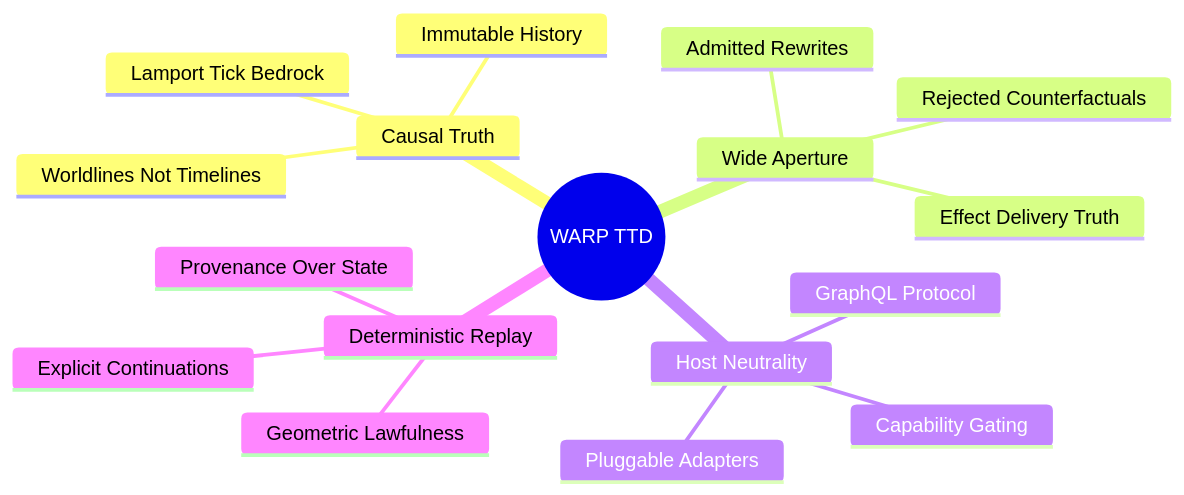
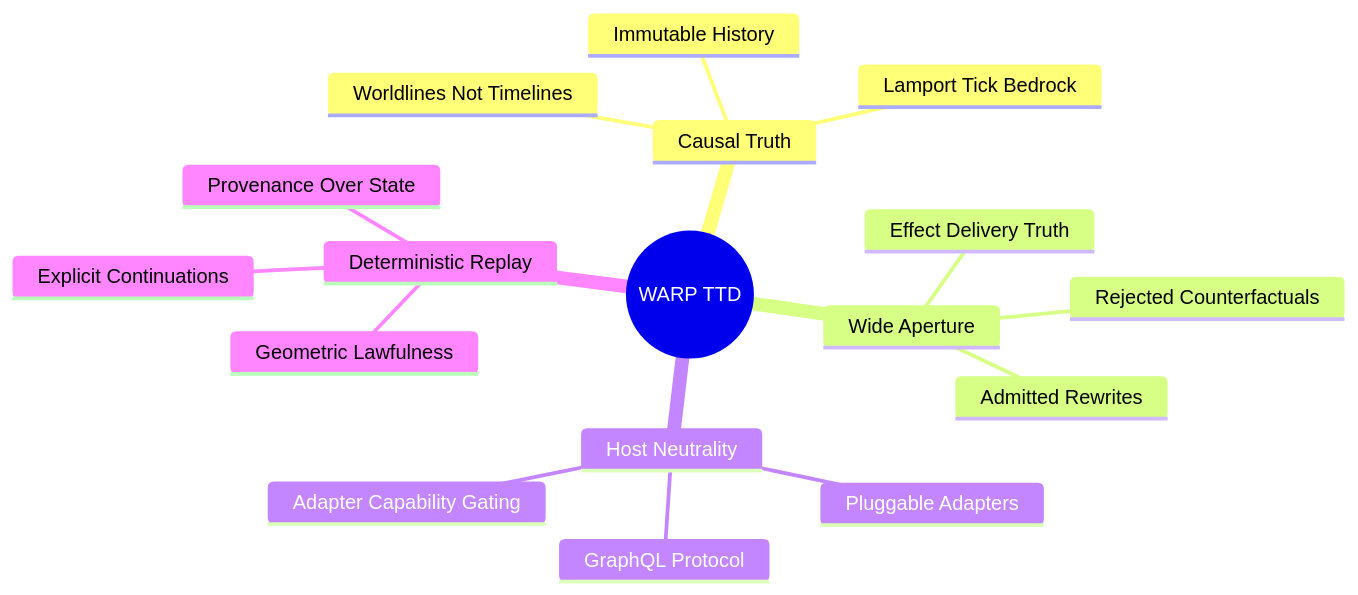
One commit to flyingrobots/warp-ttd changed the diagram in VISION.md. Above: the diagram before and after it, drawn with Mermaid. The commit also changed other lines of this file and 19 other files, not shown here.

Commit message:
refactor(protocol): rename adapter capability surface

````diff
--- a/VISION.md
+++ b/VISION.md
@@ -5,20 +5,20 @@
 ```mermaid
 mindmap
     root((WARP TTD))
         Causal Truth
             Worldlines Not Timelines
             Lamport Tick Bedrock
             Immutable History
         Wide Aperture
             Admitted Rewrites
             Rejected Counterfactuals
             Effect Delivery Truth
         Host Neutrality
             GraphQL Protocol
-            Capability Gating
+            Adapter Capability Gating
             Pluggable Adapters
         Deterministic Replay
             Provenance Over State
             Explicit Continuations
             Geometric Lawfulness
 ```
````
